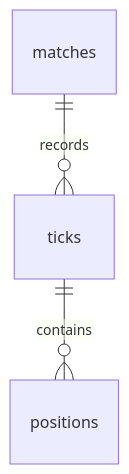
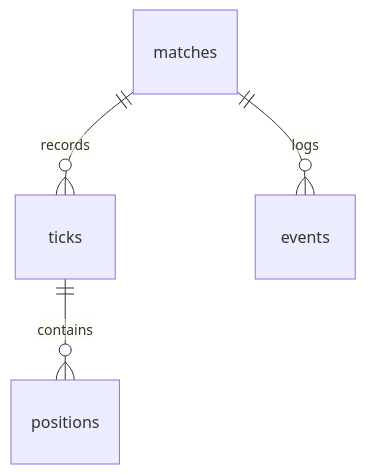
One commit to EvergardenRoxy/WarThunder-Plotter-Plus changed the diagram in docs/en/database.md. Above: the diagram before and after it, drawn with Mermaid. The commit also changed other lines of this file and 7 other files, not shown here.

````diff
--- a/docs/en/database.md
+++ b/docs/en/database.md
@@ -13,5 +15,6 @@
 ```mermaid
 erDiagram
     matches ||--o{ ticks : records
     ticks ||--o{ positions : contains
+    matches ||--o{ events : logs
 ```
````
